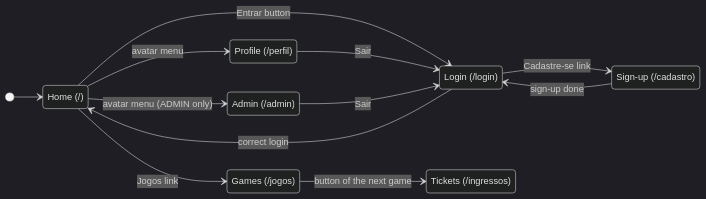
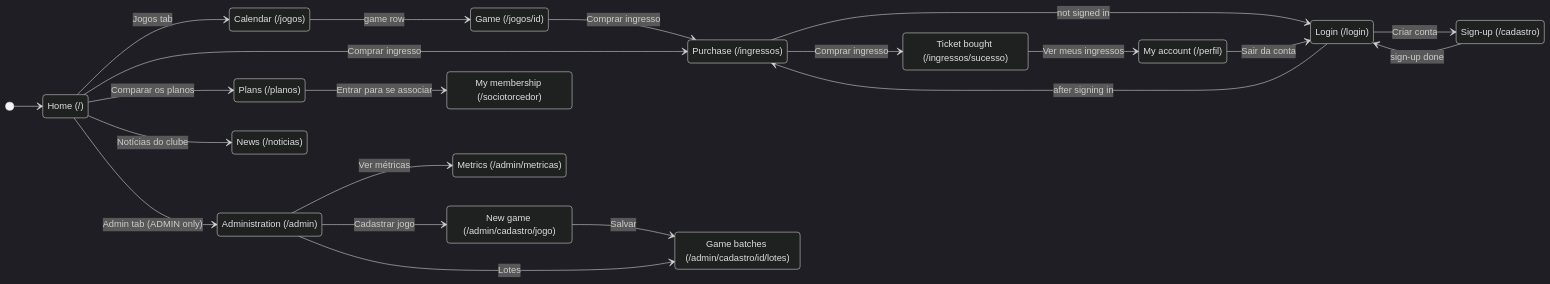
One commit to OlavoAppel/LPOO-Gestao-Socio-Torcedores changed the diagram in docs/diagramas/navegacao-en.mmd. Above: the diagram before and after it, drawn with Mermaid (dark theme). The commit also changed 91 other files, not shown here.

```diff
--- a/docs/diagramas/navegacao-en.mmd
+++ b/docs/diagramas/navegacao-en.mmd
@@ -1,20 +1,37 @@
 stateDiagram-v2
 direction LR
 state "Home (/)" as Inicio
+state "Calendar (/jogos)" as Jogos
+state "Game (/jogos/id)" as Jogo
+state "Purchase (/ingressos)" as Compra
+state "Ticket bought (/ingressos/sucesso)" as Sucesso
+state "Plans (/planos)" as Planos
+state "My membership (/sociotorcedor)" as Socio
+state "My account (/perfil)" as Perfil
+state "News (/noticias)" as Noticias
 state "Login (/login)" as Login
 state "Sign-up (/cadastro)" as Cadastro
-state "Games (/jogos)" as Jogos
-state "Tickets (/ingressos)" as Ingressos
-state "Profile (/perfil)" as Perfil
-state "Admin (/admin)" as Admin
+state "Administration (/admin)" as Admin
+state "Metrics (/admin/metricas)" as Metricas
+state "New game (/admin/cadastro/jogo)" as NovoJogo
+state "Game batches (/admin/cadastro/id/lotes)" as Lotes
 [*] --> Inicio
-Inicio --> Login : Entrar button
-Login --> Cadastro : Cadastre-se link
+Inicio --> Jogos : Jogos tab
+Inicio --> Compra : Comprar ingresso
+Jogos --> Jogo : game row
+Jogo --> Compra : Comprar ingresso
+Compra --> Login : not signed in
+Login --> Compra : after signing in
+Compra --> Sucesso : Comprar ingresso
+Sucesso --> Perfil : Ver meus ingressos
+Inicio --> Planos : Comparar os planos
+Planos --> Socio : Entrar para se associar
+Inicio --> Noticias : Notícias do clube
+Login --> Cadastro : Criar conta
 Cadastro --> Login : sign-up done
-Login --> Inicio : correct login
-Inicio --> Jogos : Jogos link
-Jogos --> Ingressos : button of the next game
-Inicio --> Perfil : avatar menu
-Inicio --> Admin : avatar menu (ADMIN only)
-Perfil --> Login : Sair
-Admin --> Login : Sair
+Perfil --> Login : Sair da conta
+Inicio --> Admin : Admin tab (ADMIN only)
+Admin --> Metricas : Ver métricas
+Admin --> NovoJogo : Cadastrar jogo
+NovoJogo --> Lotes : Salvar
+Admin --> Lotes : Lotes
```
